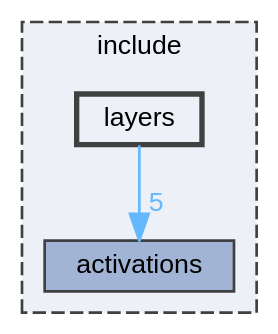
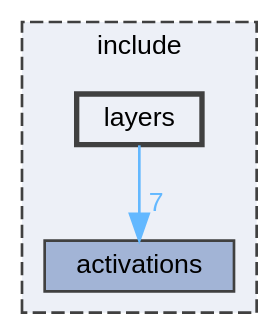
The diagram in dir_60b85c829bff656fa9381b606f5c0bf1_dep.dot (Nalin-Angrish/FlexNN), drawn with Graphviz before and after one commit. The commit also changed 201 other files, not shown here.

```diff
--- a/dir_60b85c829bff656fa9381b606f5c0bf1_dep.dot
+++ b/dir_60b85c829bff656fa9381b606f5c0bf1_dep.dot
@@ -1,14 +1,14 @@
 digraph "include/layers"
 {
  // LATEX_PDF_SIZE
   bgcolor="transparent";
   edge [fontname=Helvetica,fontsize=10,labelfontname=Helvetica,labelfontsize=10];
   node [fontname=Helvetica,fontsize=10,shape=box,height=0.2,width=0.4];
   compound=true
   subgraph clusterdir_d44c64559bbebec7f509842c48db8b23 {
     graph [ bgcolor="#edf0f7", pencolor="grey25", label="include", fontname=Helvetica,fontsize=10 style="filled,dashed", URL="dir_d44c64559bbebec7f509842c48db8b23.html",tooltip=""]
   dir_5085178e55206e1ee567ca89c87e6782 [label="activations", fillcolor="#a2b4d6", color="grey25", style="filled", URL="dir_5085178e55206e1ee567ca89c87e6782.html",tooltip=""];
   dir_60b85c829bff656fa9381b606f5c0bf1 [label="layers", fillcolor="#edf0f7", color="grey25", style="filled,bold", URL="dir_60b85c829bff656fa9381b606f5c0bf1.html",tooltip=""];
   }
-  dir_60b85c829bff656fa9381b606f5c0bf1->dir_5085178e55206e1ee567ca89c87e6782 [headlabel="5", labeldistance=1.5 headhref="dir_000003_000000.html" href="dir_000003_000000.html" color="steelblue1" fontcolor="steelblue1"];
+  dir_60b85c829bff656fa9381b606f5c0bf1->dir_5085178e55206e1ee567ca89c87e6782 [headlabel="7", labeldistance=1.5 headhref="dir_000003_000000.html" href="dir_000003_000000.html" color="steelblue1" fontcolor="steelblue1"];
 }
```
